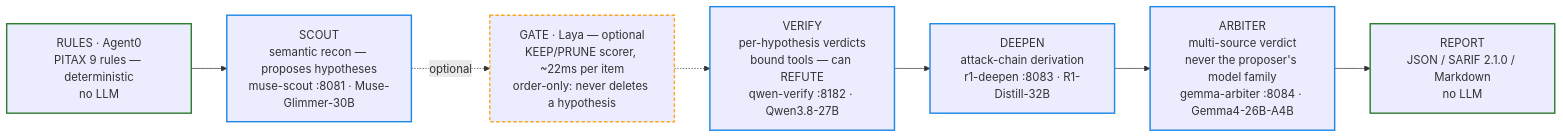
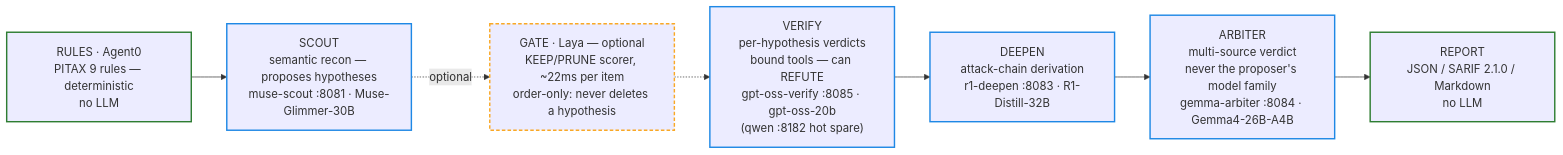
The diagram in README.md (a9320/arcanum-spark), drawn with Mermaid before and after one commit. The commit also changed other lines of this file and 9 other files, not shown here.

````diff
--- a/README.md
+++ b/README.md
@@ -21,22 +22,22 @@
 ```mermaid
 flowchart LR
     R["RULES · Agent0<br/>PITAX 9 rules — deterministic<br/>no LLM"]
     S["SCOUT<br/>semantic recon — proposes hypotheses<br/>muse-scout :8081 · Muse-Glimmer-30B"]
     G["GATE · Laya — optional<br/>KEEP/PRUNE scorer, ~22ms per item<br/>order-only: never deletes a hypothesis"]
-    V["VERIFY<br/>per-hypothesis verdicts<br/>bound tools — can REFUTE<br/>qwen-verify :8182 · Qwen3.8-27B"]
+    V["VERIFY<br/>per-hypothesis verdicts<br/>bound tools — can REFUTE<br/>gpt-oss-verify :8085 · gpt-oss-20b<br/>(qwen :8182 hot spare)"]
     D["DEEPEN<br/>attack-chain derivation<br/>r1-deepen :8083 · R1-Distill-32B"]
     A["ARBITER<br/>multi-source verdict<br/>never the proposer's model family<br/>gemma-arbiter :8084 · Gemma4-26B-A4B"]
     P["REPORT<br/>JSON / SARIF 2.1.0 / Markdown<br/>no LLM"]
     R --> S
     S -.->|optional| G
     G -.-> V
     V --> D
     D --> A
     A --> P
     classDef det stroke:#2e7d32,stroke-width:2px
     classDef llm stroke:#1e88e5,stroke-width:2px
     classDef gate stroke:#f9a825,stroke-width:2px,stroke-dasharray: 5 3
     class R,P det
     class S,V,D,A llm
     class G gate
 ```
````
